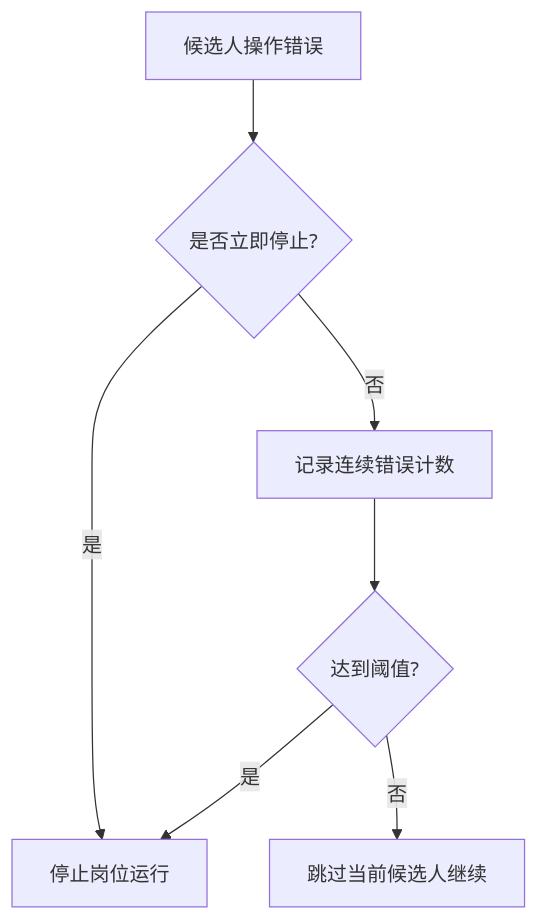
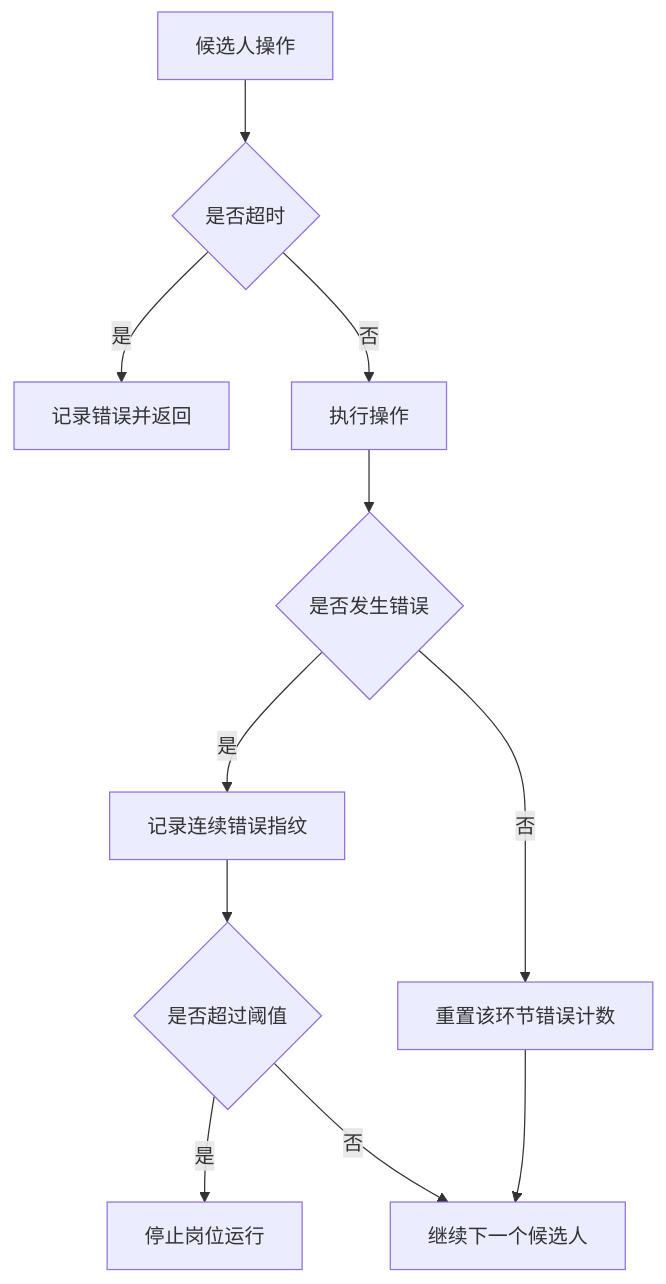
One commit to alvinwangzi/goodhr changed the sixth of 7 diagrams in .qoder/repowiki/zh/content/本地执行器/平台适配器/前程无忧适配器/职位管理.md. Above: the diagram before and after it, drawn with Mermaid. The commit also changed other lines of this file and 149 other files, not shown here.

````diff
--- a/.qoder/repowiki/zh/content/本地执行器/平台适配器/前程无忧适配器/职位管理.md
+++ b/.qoder/repowiki/zh/content/本地执行器/平台适配器/前程无忧适配器/职位管理.md
@@ -262,9 +252,13 @@
 ```mermaid
 flowchart TD
-A["候选人操作错误"] --> B{"是否立即停止?"}
-B --> |是| Stop["停止岗位运行"]
-B --> |否| C["记录连续错误计数"]
-C --> D{"达到阈值?"}
-D --> |是| Stop
-D --> |否| Continue["跳过当前候选人继续"]
+Op["候选人操作"] --> Timeout{"是否超时"}
+Timeout --> |是| LogErr["记录错误并返回"]
+Timeout --> |否| Exec["执行操作"]
+Exec --> Err{"是否发生错误"}
+Err --> |是| Track["记录连续错误指纹"]
+Track --> Stop{"是否超过阈值"}
+Stop --> |是| Halt["停止岗位运行"]
+Stop --> |否| Continue["继续下一个候选人"]
+Err --> |否| Reset["重置该环节错误计数"]
+Reset --> Continue
 ```
````
